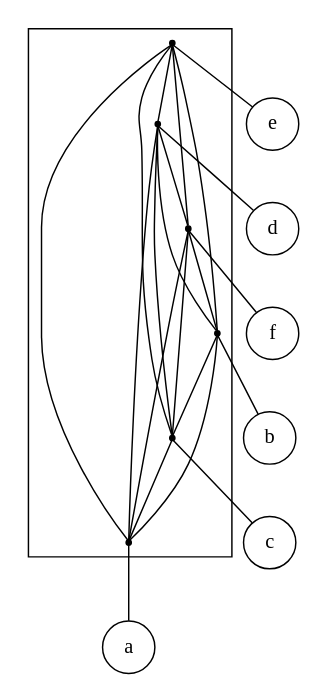
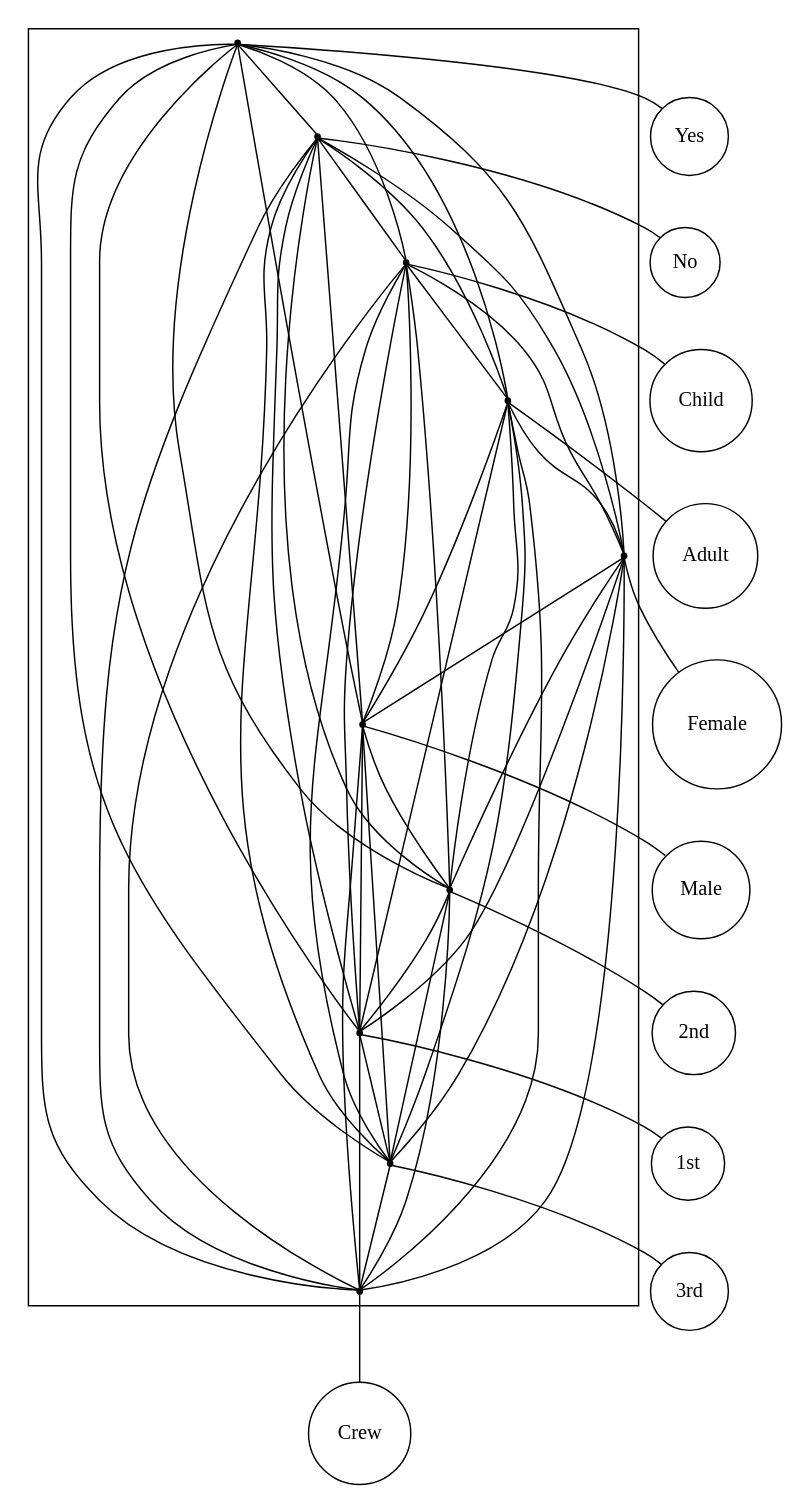
The diagram in src/final/plain_2-structure.dot (lrodrin/TFG), drawn with Graphviz before and after one commit. The commit also changed 10 other files, not shown here.

```diff
--- a/src/final/plain_2-structure.dot
+++ b/src/final/plain_2-structure.dot
@@ -1,38 +1,76 @@
 strict digraph "plain_2-structure" {
 compound=true;
 fontname=Verdana;
 fontsize=12;
 newrank=true;
 node [shape=circle];
-e;
-d;
-f;
-b;
-c;
-a;
-subgraph cluster_cedafb {
+Yes;
+No;
+Child;
+Adult;
+Female;
+Male;
+"2nd";
+"1st";
+"3rd";
+Crew;
+subgraph cluster_3rdAdult1stNoCrew2ndFemaleYesMaleChild {
 node [shape=point];
-s_e -> s_d  [arrowhead=none, color=black];
-s_e -> s_f  [arrowhead=none, color=black];
-s_e -> s_b  [arrowhead=none, color=black];
-s_e -> s_c  [arrowhead=none, color=black];
-s_e -> s_a  [arrowhead=none, color=black];
-s_d -> s_f  [arrowhead=none, color=black];
-s_d -> s_b  [arrowhead=none, color=black];
-s_d -> s_c  [arrowhead=none, color=black];
-s_d -> s_a  [arrowhead=none, color=black];
-s_f -> s_b  [arrowhead=none, color=black];
-s_f -> s_c  [arrowhead=none, color=black];
-s_f -> s_a  [arrowhead=none, color=black];
-s_b -> s_c  [arrowhead=none, color=black];
-s_b -> s_a  [arrowhead=none, color=black];
-s_c -> s_a  [arrowhead=none, color=black];
+s_Yes -> s_No  [arrowhead=none, color=black];
+s_Yes -> s_Child  [arrowhead=none, color=black];
+s_Yes -> s_Adult  [arrowhead=none, color=black];
+s_Yes -> s_Female  [arrowhead=none, color=black];
+s_Yes -> s_Male  [arrowhead=none, color=black];
+s_Yes -> s_2nd  [arrowhead=none, color=black];
+s_Yes -> s_1st  [arrowhead=none, color=black];
+s_Yes -> s_3rd  [arrowhead=none, color=black];
+s_Yes -> s_Crew  [arrowhead=none, color=black];
+s_No -> s_Child  [arrowhead=none, color=black];
+s_No -> s_Adult  [arrowhead=none, color=black];
+s_No -> s_Female  [arrowhead=none, color=black];
+s_No -> s_Male  [arrowhead=none, color=black];
+s_No -> s_2nd  [arrowhead=none, color=black];
+s_No -> s_1st  [arrowhead=none, color=black];
+s_No -> s_3rd  [arrowhead=none, color=black];
+s_No -> s_Crew  [arrowhead=none, color=black];
+s_Child -> s_Adult  [arrowhead=none, color=black];
+s_Child -> s_Female  [arrowhead=none, color=black];
+s_Child -> s_Male  [arrowhead=none, color=black];
+s_Child -> s_2nd  [arrowhead=none, color=black];
+s_Child -> s_1st  [arrowhead=none, color=black];
+s_Child -> s_3rd  [arrowhead=none, color=black];
+s_Child -> s_Crew  [arrowhead=none, color=black];
+s_Adult -> s_Female  [arrowhead=none, color=black];
+s_Adult -> s_Male  [arrowhead=none, color=black];
+s_Adult -> s_2nd  [arrowhead=none, color=black];
+s_Adult -> s_1st  [arrowhead=none, color=black];
+s_Adult -> s_3rd  [arrowhead=none, color=black];
+s_Adult -> s_Crew  [arrowhead=none, color=black];
+s_Female -> s_Male  [arrowhead=none, color=black];
+s_Female -> s_2nd  [arrowhead=none, color=black];
+s_Female -> s_1st  [arrowhead=none, color=black];
+s_Female -> s_3rd  [arrowhead=none, color=black];
+s_Female -> s_Crew  [arrowhead=none, color=black];
+s_Male -> s_2nd  [arrowhead=none, color=black];
+s_Male -> s_1st  [arrowhead=none, color=black];
+s_Male -> s_3rd  [arrowhead=none, color=black];
+s_Male -> s_Crew  [arrowhead=none, color=black];
+s_2nd -> s_1st  [arrowhead=none, color=black];
+s_2nd -> s_3rd  [arrowhead=none, color=black];
+s_2nd -> s_Crew  [arrowhead=none, color=black];
+s_1st -> s_3rd  [arrowhead=none, color=black];
+s_1st -> s_Crew  [arrowhead=none, color=black];
+s_3rd -> s_Crew  [arrowhead=none, color=black];
 }
 
-s_e -> e  [arrowhead=none];
-s_d -> d  [arrowhead=none];
-s_f -> f  [arrowhead=none];
-s_b -> b  [arrowhead=none];
-s_c -> c  [arrowhead=none];
-s_a -> a  [arrowhead=none];
+s_Yes -> Yes  [arrowhead=none];
+s_No -> No  [arrowhead=none];
+s_Child -> Child  [arrowhead=none];
+s_Adult -> Adult  [arrowhead=none];
+s_Female -> Female  [arrowhead=none];
+s_Male -> Male  [arrowhead=none];
+s_2nd -> "2nd"  [arrowhead=none];
+s_1st -> "1st"  [arrowhead=none];
+s_3rd -> "3rd"  [arrowhead=none];
+s_Crew -> Crew  [arrowhead=none];
 }
```
